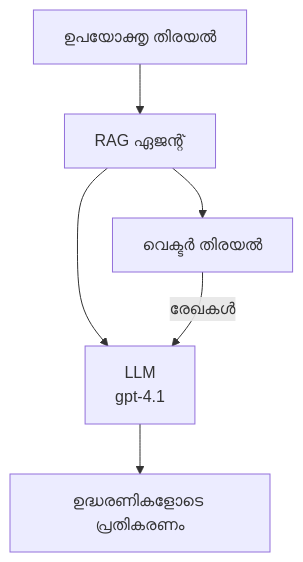
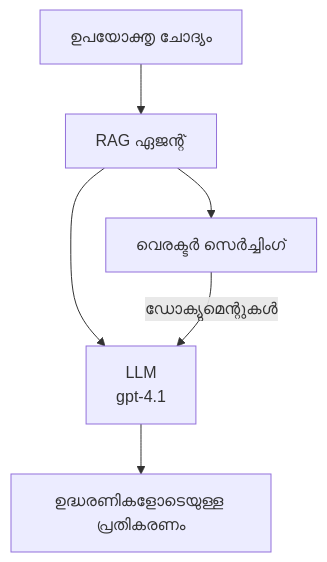
The second of 3 diagrams in translations/ml/docs/chapter-02-ai-development/agents.md (microsoft/AZD-for-beginners), drawn with Mermaid before and after one commit. The commit also changed other lines of this file and 101 other files, not shown here.

````diff
--- a/translations/ml/docs/chapter-02-ai-development/agents.md
+++ b/translations/ml/docs/chapter-02-ai-development/agents.md
@@ -170,8 +175,8 @@
 ```mermaid
 graph TD
-    Query[ഉപയോക്തൃ തിരയൽ] --> RAG[RAG ഏജന്റ്]
-    RAG --> Vector[വെക്ടർ തിരയൽ]
+    Query[ഉപയോക്തൃ ചോദ്യം] --> RAG[RAG ഏജന്റ്]
+    RAG --> Vector[വെരക്ടർ സെർച്ചിംഗ്]
     RAG --> LLM[LLM<br/>gpt-4.1]
-    Vector -- രേഖകൾ --> LLM
-    LLM --> Response[ഉദ്ധരണികളോടെ പ്രതികരണം]
+    Vector -- ഡോക്യുമെന്റുകൾ --> LLM
+    LLM --> Response[ഉദ്ധരണികളോടെയുള്ള പ്രതികരണം]
 ```
````
